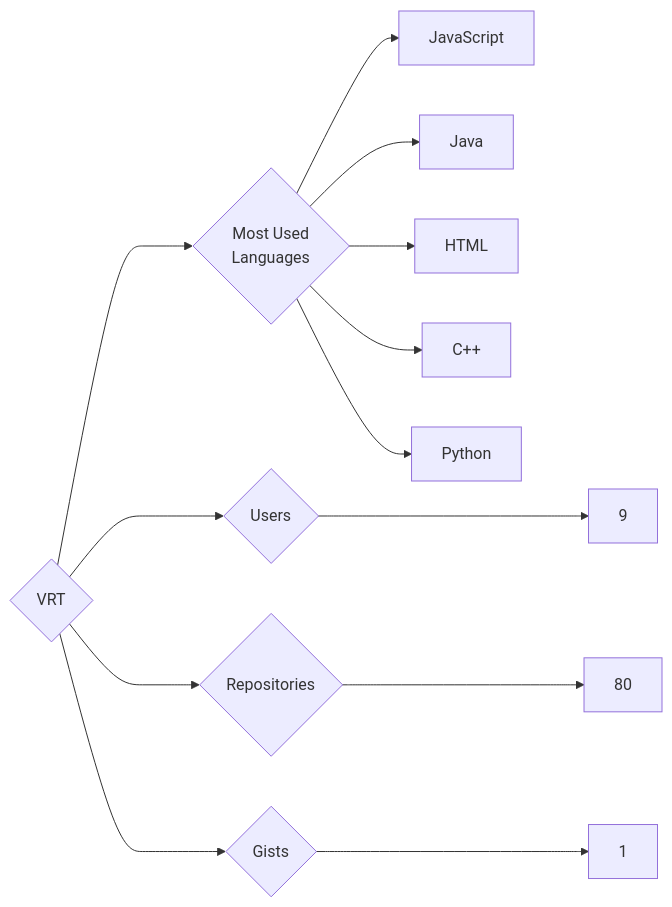
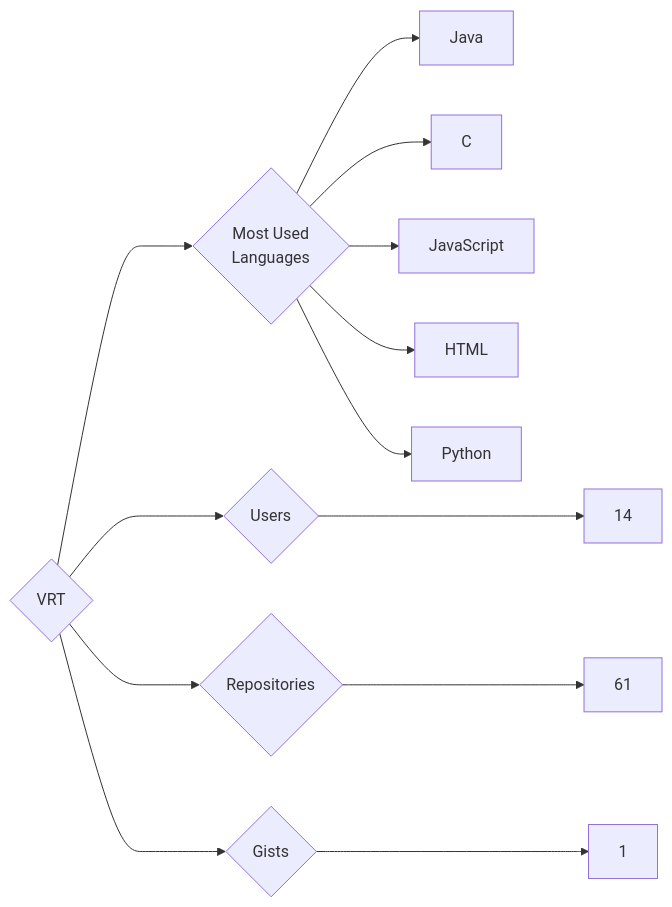
The diagram in targets/VRT/README.md (trickest/insiders), drawn with Mermaid before and after one commit. The commit also changed 597 other files, not shown here.

````diff
--- a/targets/VRT/README.md
+++ b/targets/VRT/README.md
@@ -3,13 +3,13 @@
 ```mermaid
 graph LR
 COMPANY_NAME{VRT}
-COMPANY_NAME ---> U{Users} ---> UN[9]
-COMPANY_NAME ---> R{Repositories} ---> RN[80]
+COMPANY_NAME ---> U{Users} ---> UN[14]
+COMPANY_NAME ---> R{Repositories} ---> RN[61]
 COMPANY_NAME ---> G{Gists} ---> GN[1]
 COMPANY_NAME ---> ML{Most Used<br>Languages}
+ML --> Java[Java]
+ML --> C[C]
 ML --> JavaScript[JavaScript]
-ML --> Java[Java]
 ML --> HTML[HTML]
-ML --> C++[C++]
 ML --> Python[Python]
 ```
````
